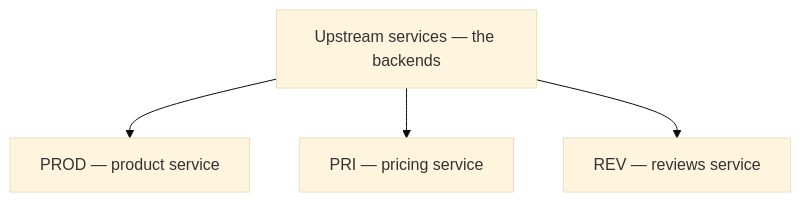
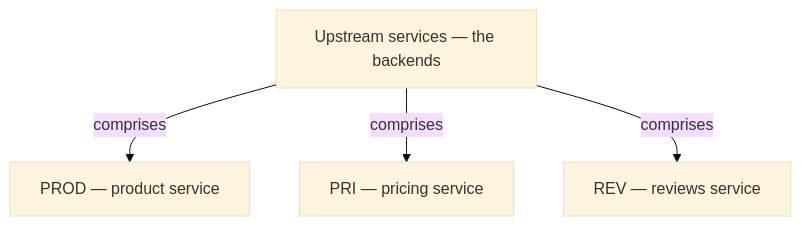
Before and after one commit to vinayakuber/microservices-io-study-guide: the seventh of 13 diagrams in docs/ch23-api-gateway.md, drawn with Mermaid (base theme). The commit also changed other lines of this file and 71 other files, not shown here.

First line of the commit message:
R18: label every diagram arrow with its meaning

````diff
--- a/docs/ch23-api-gateway.md
+++ b/docs/ch23-api-gateway.md
@@ -232,7 +232,7 @@
 ```mermaid
 flowchart TD
   R["Upstream services — the backends"]
-  R --> P0["PROD — product service"]
-  R --> P1["PRI — pricing service"]
-  R --> P2["REV — reviews service"]
+  R -->|"comprises"| P0["PROD — product service"]
+  R -->|"comprises"| P1["PRI — pricing service"]
+  R -->|"comprises"| P2["REV — reviews service"]
 ```
````
